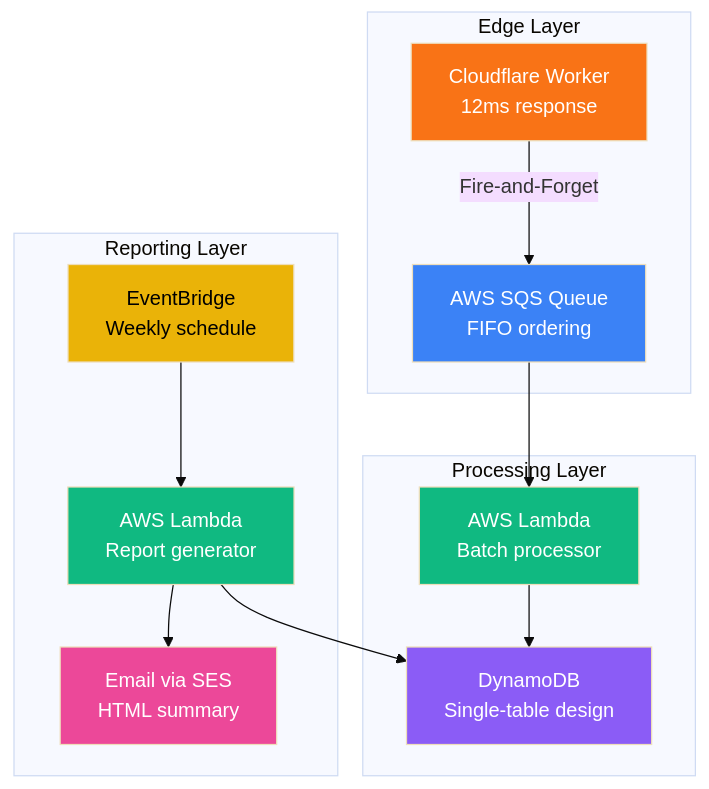
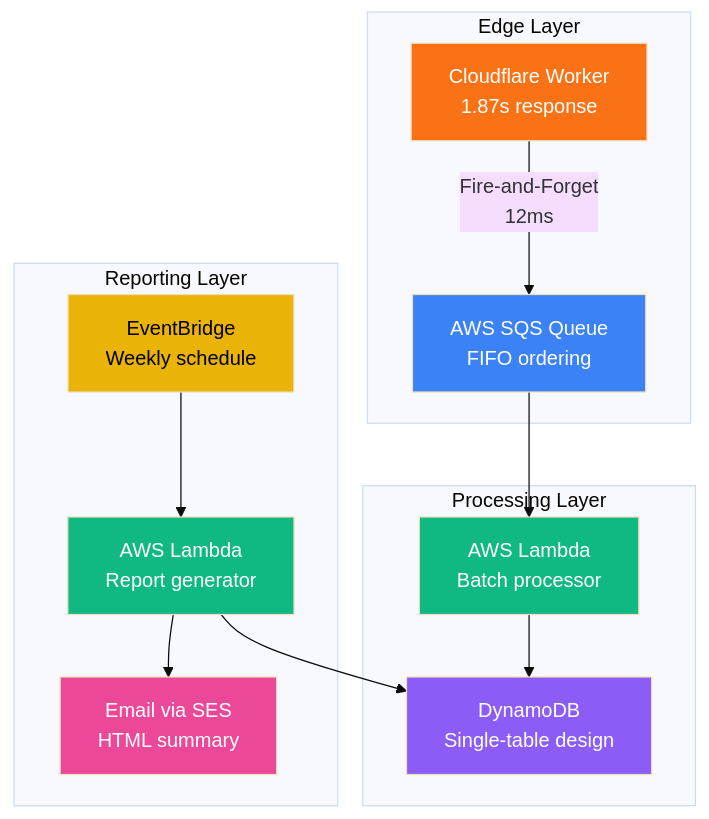
Before and after one commit to josejalvarezm/cv-ai-agent: the second of 2 diagrams in aws-blog-posts/Evolution-Series/00-why-analytics-visibility-problem.md, drawn with Mermaid (base theme). The commit also changed other lines of this file and 81 other files, not shown here.

````diff
--- a/aws-blog-posts/Evolution-Series/00-why-analytics-visibility-problem.md
+++ b/aws-blog-posts/Evolution-Series/00-why-analytics-visibility-problem.md
@@ -150,25 +150,25 @@
 ```mermaid
 graph TB
     subgraph "Edge Layer"
-        A[Cloudflare Worker<br/>12ms response] -->|Fire-and-Forget| B[AWS SQS Queue<br/>FIFO ordering]
+        A[Cloudflare Worker<br/>1.87s response] -->|Fire-and-Forget<br/>12ms| B[AWS SQS Queue<br/>FIFO ordering]
     end
     
     subgraph "Processing Layer"
         B --> C[AWS Lambda<br/>Batch processor]
         C --> D[DynamoDB<br/>Single-table design]
     end
     
     subgraph "Reporting Layer"
         E[EventBridge<br/>Weekly schedule] --> F[AWS Lambda<br/>Report generator]
         F --> D
         F --> G[Email via SES<br/>HTML summary]
     end
     
     style A fill:#f97316,color:#fff
     style B fill:#3b82f6,color:#fff
     style C fill:#10b981,color:#fff
     style D fill:#8b5cf6,color:#fff
     style E fill:#eab308,color:#000
     style F fill:#10b981,color:#fff
     style G fill:#ec4899,color:#fff
 ```
````
